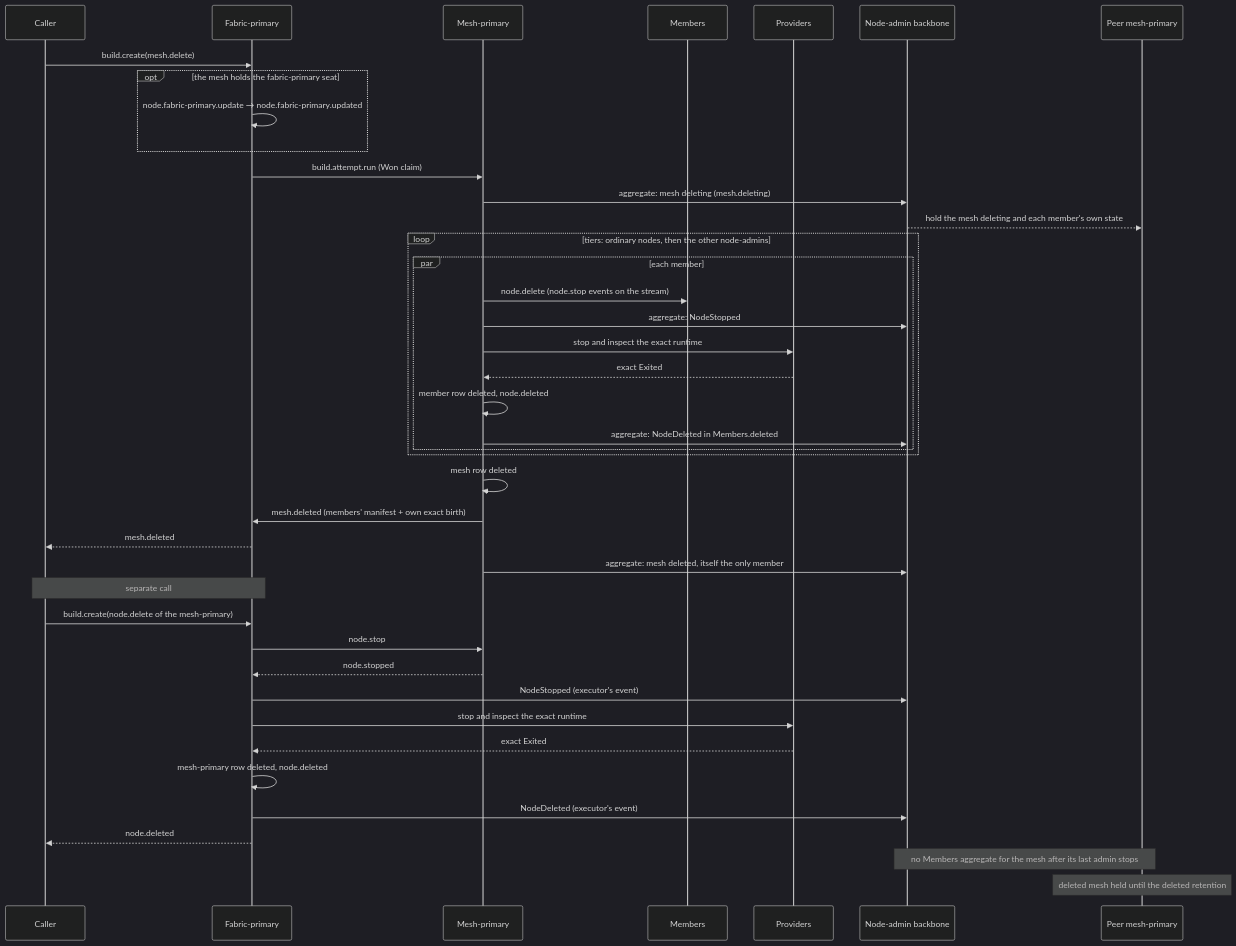
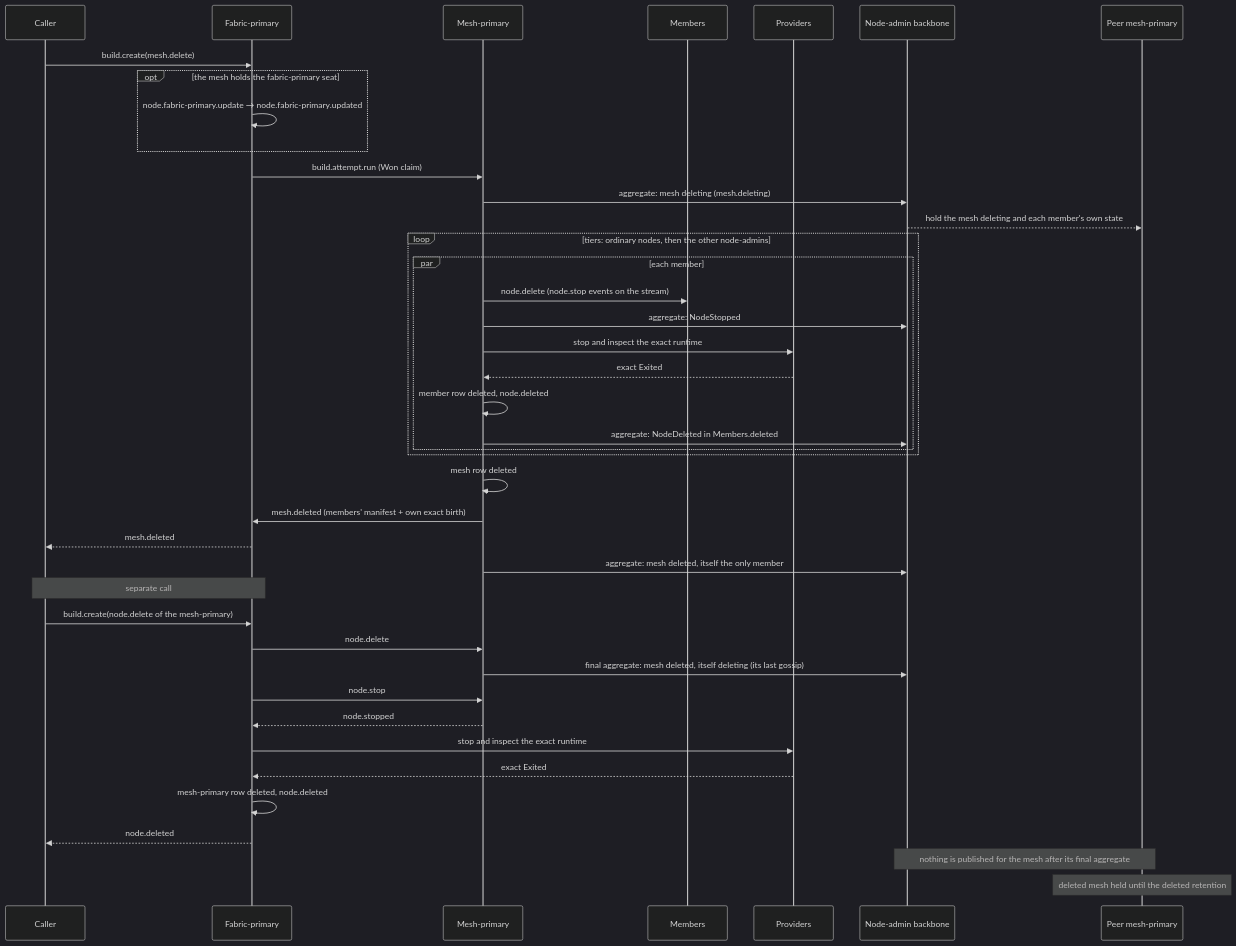
The diagram in docs/architecture/lifecycles/mesh-delete.md (drlukeangel/rust-distributed-mesh), drawn with Mermaid (dark theme) before and after one commit. The commit also changed other lines of this file and 4 other files, not shown here.

First line of the commit message:
docs: a deleted mesh's last admin ends with its final aggregate, itself deleting; the fabric-primary publishes nothing for it

````diff
--- a/docs/architecture/lifecycles/mesh-delete.md
+++ b/docs/architecture/lifecycles/mesh-delete.md
@@ -195,43 +196,43 @@
 ```mermaid
 sequenceDiagram
     participant C as Caller
     participant F as Fabric-primary
     participant M as Mesh-primary
     participant N as Members
     participant P as Providers
     participant B as Node-admin backbone
     participant R as Peer mesh-primary
     C->>F: build.create(mesh.delete)
     opt the mesh holds the fabric-primary seat
         F->>F: node.fabric-primary.update → node.fabric-primary.updated
     end
     F->>M: build.attempt.run (Won claim)
     M->>B: aggregate: mesh deleting (mesh.deleting)
     B-->>R: hold the mesh deleting and each member's own state
     loop tiers: ordinary nodes, then the other node-admins
         par each member
             M->>N: node.delete (node.stop events on the stream)
             M->>B: aggregate: NodeStopped
             M->>P: stop and inspect the exact runtime
             P-->>M: exact Exited
             M->>M: member row deleted, node.deleted
             M->>B: aggregate: NodeDeleted in Members.deleted
         end
     end
     M->>M: mesh row deleted
     M->>F: mesh.deleted (members' manifest + own exact birth)
     F-->>C: mesh.deleted
     M->>B: aggregate: mesh deleted, itself the only member
     Note over C,F: separate call
     C->>F: build.create(node.delete of the mesh-primary)
+    F->>M: node.delete
+    M->>B: final aggregate: mesh deleted, itself deleting (its last gossip)
     F->>M: node.stop
     M-->>F: node.stopped
-    F->>B: NodeStopped (executor's event)
     F->>P: stop and inspect the exact runtime
     P-->>F: exact Exited
     F->>F: mesh-primary row deleted, node.deleted
-    F->>B: NodeDeleted (executor's event)
     F-->>C: node.deleted
-    Note over B,R: no Members aggregate for the mesh after its last admin stops
+    Note over B,R: nothing is published for the mesh after its final aggregate
     Note over R: deleted mesh held until the deleted retention
 ```
````
